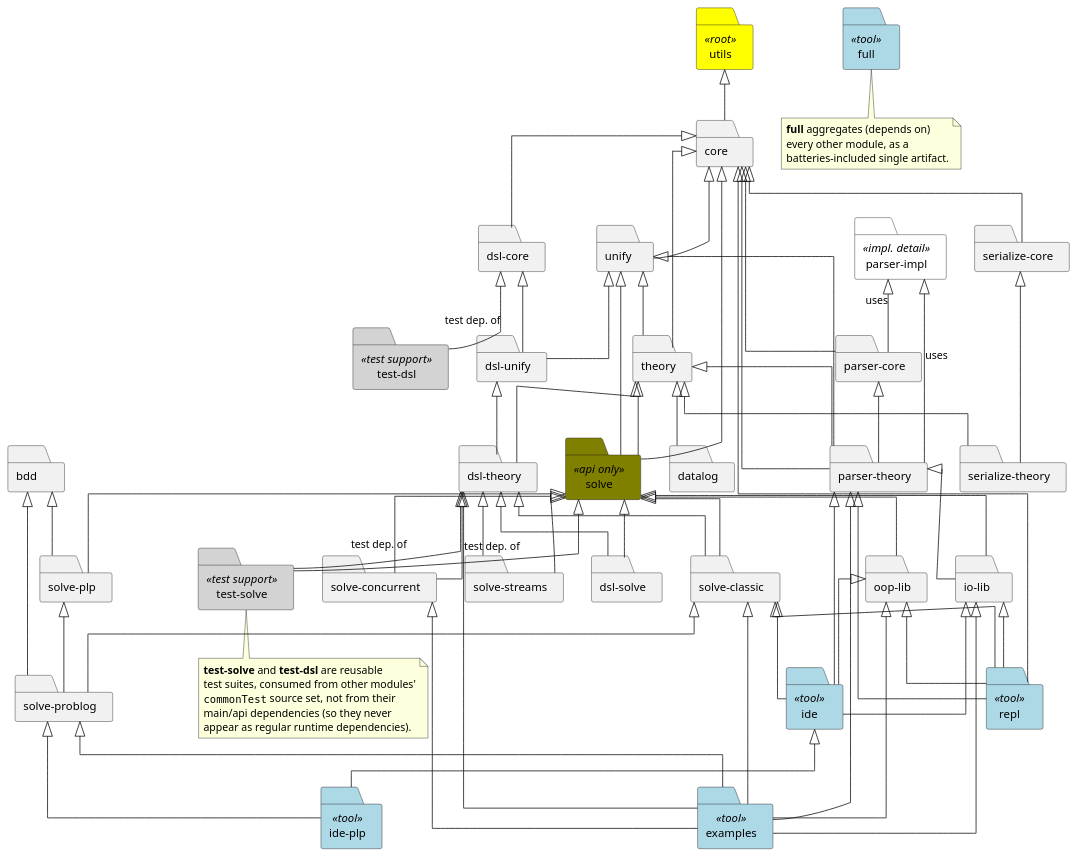
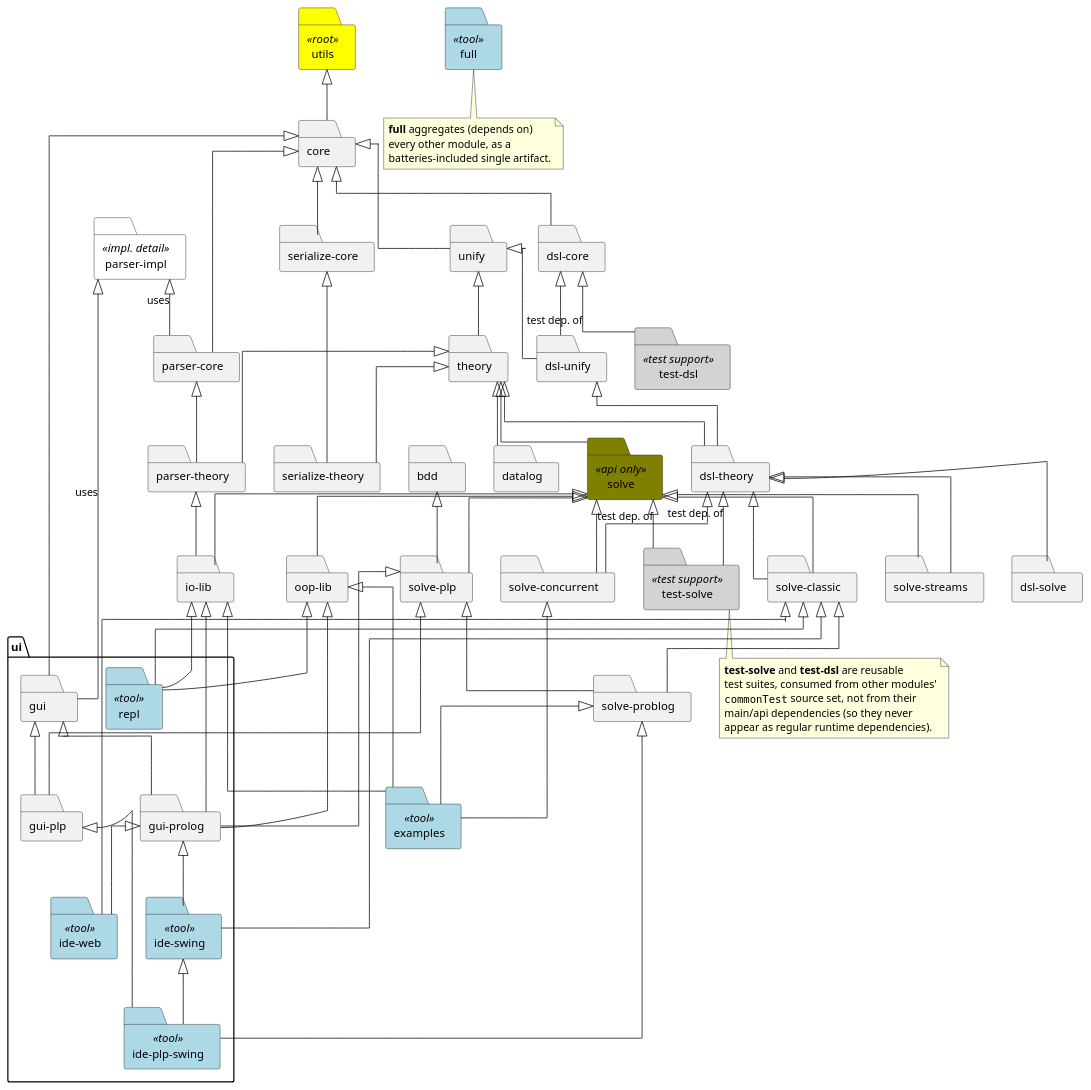
Before and after one commit to tuProlog/2p-kt: the diagram in documentation/diagrams/project-map.puml, drawn with PlantUML. The commit also changed 3 other files, not shown here.

```diff
--- a/documentation/diagrams/project-map.puml
+++ b/documentation/diagrams/project-map.puml
@@ -1,144 +1,159 @@
 @startuml
 top to bottom direction
 skinparam shadowing false
 skinparam linetype ortho
 
 skinparam folder {
   BackgroundColor<<root>> yellow
   BackgroundColor<<api only>> olive
   BackgroundColor<<impl. detail>> white
   BackgroundColor<<test support>> lightgray
   BackgroundColor<<tool>> lightblue
 }
 
 folder "utils" <<root>>
 folder "core"
 folder "unify"
 folder "theory"
 folder "datalog"
 folder "bdd"
 
 folder "dsl-core" as DC
 folder "dsl-unify" as DU
 folder "dsl-theory" as DT
 folder "dsl-solve" as DS
 
 folder "solve" <<api only>>
 folder "solve-classic" as SC
 folder "solve-streams" as SS
 folder "solve-concurrent" as SCON
 folder "solve-plp" as SPLP
 folder "solve-problog" as SPL
 
 folder "parser-core" as PC
 folder "parser-impl" <<impl. detail>> as PI
 folder "parser-theory" as PT
 
 folder "serialize-core" as SRC
 folder "serialize-theory" as SRT
 
 folder "test-solve" <<test support>> as TS
 folder "test-dsl" <<test support>> as TD
 
 folder "oop-lib" as OOP
 folder "io-lib" as IO
-folder "repl" <<tool>>
-folder "ide" <<tool>>
-folder "ide-plp" <<tool>> as IDEPLP
+
+' All modules physically living under ui/ in the repo, grouped together.
+package "ui" {
+  folder "repl" <<tool>>
+  folder "gui" as GUI
+  folder "gui-prolog" as GP
+  folder "gui-plp" as GPLP
+  folder "ide-swing" <<tool>> as IDESW
+  folder "ide-plp-swing" <<tool>> as IDEPLPSW
+  folder "ide-web" <<tool>> as IDEWEB
+}
+
 folder "examples" <<tool>>
 folder "full" <<tool>>
+
+' Edges below are a transitive reduction: only direct dependencies not already implied
+' by another shown path are drawn (e.g. solve -> theory is enough, since theory already
+' implies unify and core).
 
 ' -- Foundation --
 utils <|-down- core
 
 ' -- Unification & theories --
 core <|-down- unify
-core <|-down- theory
 unify <|-down- theory
 theory <|-down- datalog
 
 ' -- Kotlin DSL --
 core <|-down- DC
 DC <|-down- DU
 unify <|-down- DU
 DU <|-down- DT
 theory <|-down- DT
 DT <|-down- DS
 
 ' -- Resolution (solve) --
-core <|-down- solve
-unify <|-down- solve
 theory <|-down- solve
 solve <|-down- SC
 DT <|-down- SC
-solve <|-down- DS
 solve <|-down- SS
 DT <|-down- SS
 solve <|-down- SCON
 DT <|-down- SCON
 solve <|-down- SPLP
 bdd <|-down- SPLP
-bdd <|-down- SPL
 SC <|-down- SPL
 SPLP <|-down- SPL
 
 ' -- Parsing --
 core <|-down- PC
 PI <|-down- PC : uses
-core <|-down- PT
-unify <|-down- PT
 theory <|-down- PT
 PC <|-down- PT
-PI <|-down- PT : uses
 
 ' -- Serialization --
 core <|-down- SRC
 theory <|-down- SRT
 SRC <|-down- SRT
 
 ' -- Test-support modules (consumed from `commonTest`, not from `commonMain`) --
 solve <|-down- TS : test dep. of
 DT <|-down- TS : test dep. of
 DC <|-down- TD : test dep. of
 
-' -- Libraries & tools --
+' -- Libraries --
 solve <|-down- OOP
 solve <|-down- IO
 PT <|-down- IO
 
-core <|-down- "repl"
+' -- UI toolkit & apps (ui/) --
 OOP <|-down- "repl"
 IO <|-down- "repl"
 SC <|-down- "repl"
-PT <|-down- "repl"
 
-IO <|-down- "ide"
-OOP <|-down- "ide"
-PT <|-down- "ide"
-SC <|-down- "ide"
+core <|-down- GUI
+PI <|-down- GUI : uses
 
-"ide" <|-down- IDEPLP
-SPL <|-down- IDEPLP
+GUI <|-down- GP
+SPLP <|-down- GP
+IO <|-down- GP
+OOP <|-down- GP
 
-SC <|-down- "examples"
+GUI <|-down- GPLP
+SPLP <|-down- GPLP
+
+GP <|-down- IDESW
+SC <|-down- IDESW
+
+GPLP <|-down- IDEPLPSW
+IDESW <|-down- IDEPLPSW
+SPL <|-down- IDEPLPSW
+
+GP <|-down- IDEWEB
+SC <|-down- IDEWEB
+
+' -- Tools --
 SCON <|-down- "examples"
 SPL <|-down- "examples"
-DT <|-down- "examples"
-PT <|-down- "examples"
 IO <|-down- "examples"
 OOP <|-down- "examples"
 
 note bottom of TS
   **test-solve** and **test-dsl** are reusable
   test suites, consumed from other modules'
   ""commonTest"" source set, not from their
   main/api dependencies (so they never
   appear as regular runtime dependencies).
 end note
 
 note bottom of "full"
   **full** aggregates (depends on)
   every other module, as a
   batteries-included single artifact.
 end note
 @enduml
```
